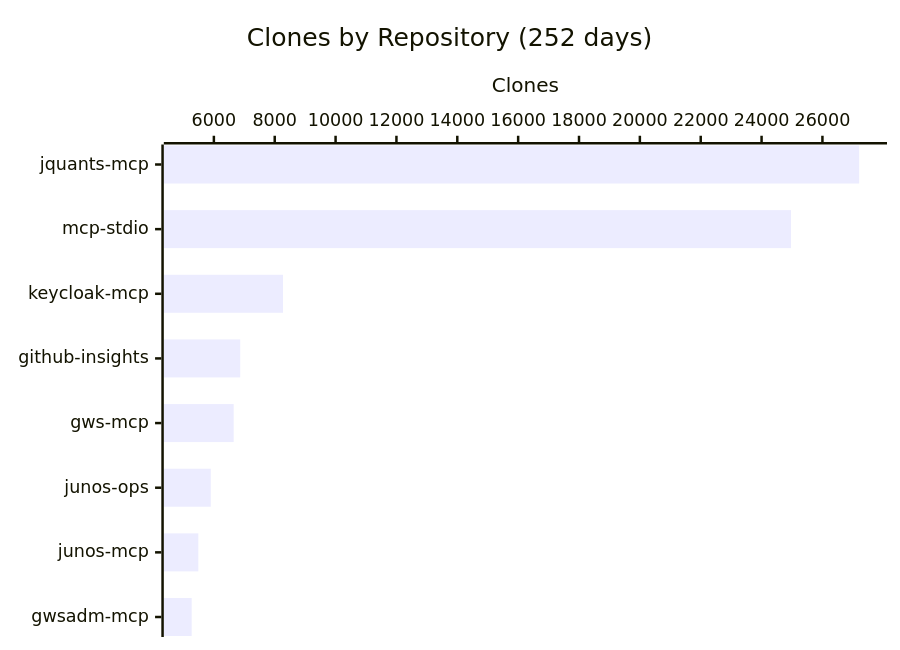
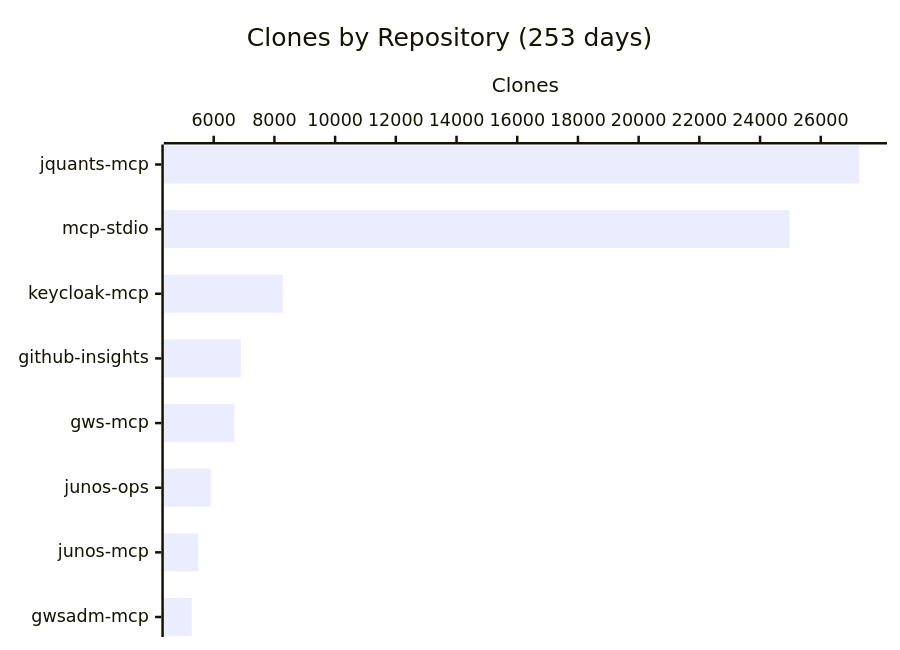
The fourth of 4 diagrams in README.md (shigechika/github-insights), drawn with Mermaid before and after one commit. The commit also changed other lines of this file and 1 other file, not shown here.

````diff
--- a/README.md
+++ b/README.md
@@ -58,7 +58,7 @@
 ```mermaid
 xychart-beta horizontal
-    title "Clones by Repository (252 days)"
+    title "Clones by Repository (253 days)"
     x-axis ["jquants-mcp", "mcp-stdio", "keycloak-mcp", "github-insights", "gws-mcp", "junos-ops", "junos-mcp", "gwsadm-mcp"]
     y-axis "Clones"
-    bar [27207, 24967, 8272, 6866, 6650, 5898, 5489, 5270]
+    bar [27265, 24972, 8276, 6894, 6682, 5902, 5493, 5274]
 ```
````
